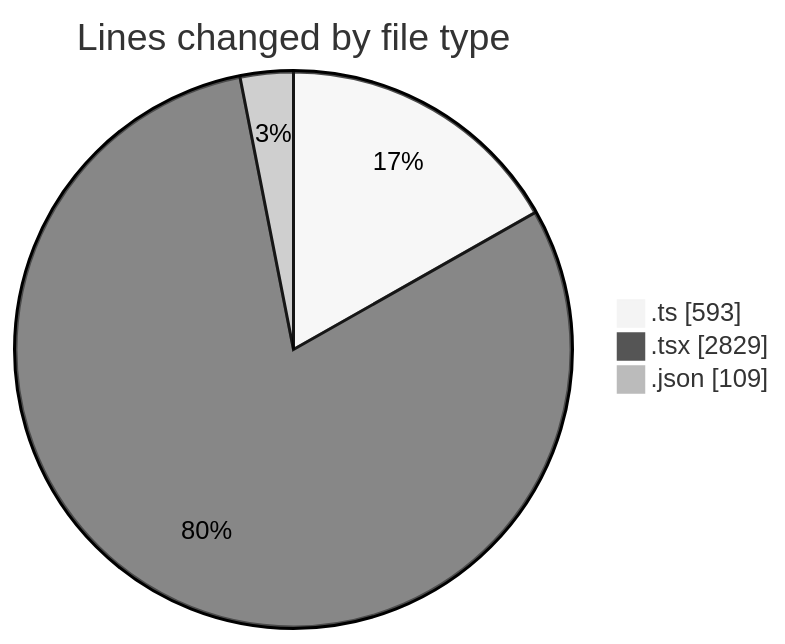
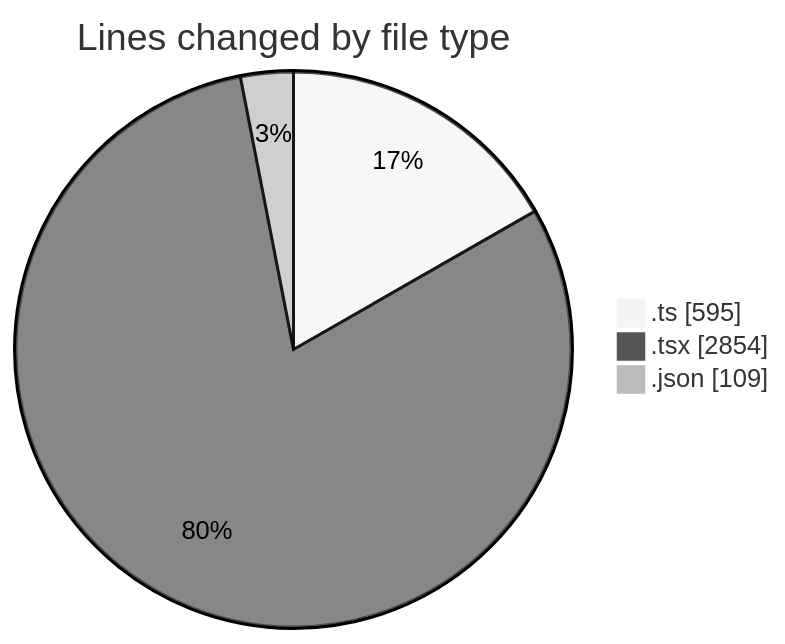
Before and after one commit to momahboobian/code-tracking: the first of 2 diagrams in 2025-07-04/cda/README.md, drawn with Mermaid (neutral theme). The commit also changed other lines of this file and 1 other file, not shown here.

````diff
--- a/2025-07-04/cda/README.md
+++ b/2025-07-04/cda/README.md
@@ -29,7 +29,7 @@
 ```mermaid
 pie showData
 title Lines changed by file type
-".ts" : 593
-".tsx" : 2829
+".ts" : 595
+".tsx" : 2854
 ".json" : 109
 ```
````
